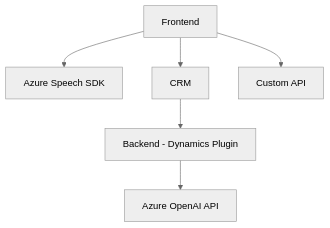
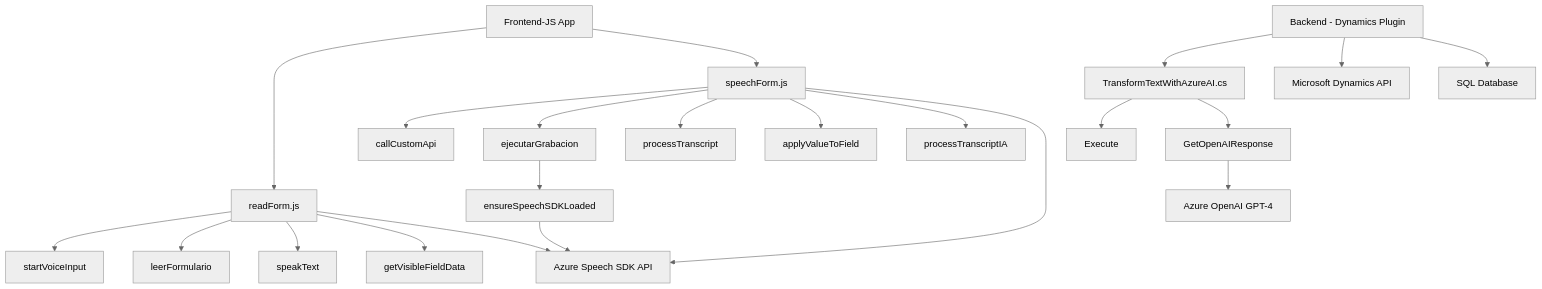
Before and after one commit to blopezdm/NETCORE_BILBAO2025: the diagram in README.md, drawn with Mermaid (neutral theme). The commit also changed other lines of this file, not shown here.

````diff
--- a/README.md
+++ b/README.md
@@ -29,15 +37,27 @@
 ```mermaid
 graph TD
-    A[Frontend]
-    B[Backend - Dynamics Plugin]
-    C["Azure Speech SDK"]
-    D[CRM]
-    E["Azure OpenAI API"]
-    F["Custom API"]
-    
-    A --> C
-    A --> D
-    A --> F
-    D --> B
-    B --> E
+  A["Frontend-JS App"] --> B["readForm.js"]
+  A["Frontend-JS App"] --> C["speechForm.js"]
+  B --> F["startVoiceInput"]
+  B --> G["leerFormulario"]
+  B --> I["speakText"]
+  B --> H["getVisibleFieldData"]
+  C --> J["callCustomApi"]
+  C --> K["ejecutarGrabacion"]
+  C --> L["processTranscript"]
+  C --> M["applyValueToField"]
+  C --> N["processTranscriptIA"]
+  K --> O["ensureSpeechSDKLoaded"]
+
+  P["Backend - Dynamics Plugin"] --> Q["TransformTextWithAzureAI.cs"]
+  Q --> R["Execute"]
+  Q --> S["GetOpenAIResponse"]
+  S --> T["Azure OpenAI GPT-4"]
+
+  B --> U["Azure Speech SDK API"]
+  C --> U
+  O --> U
+  
+  P --> V["Microsoft Dynamics API"]
+  P --> W["SQL Database"]
 ```
````
